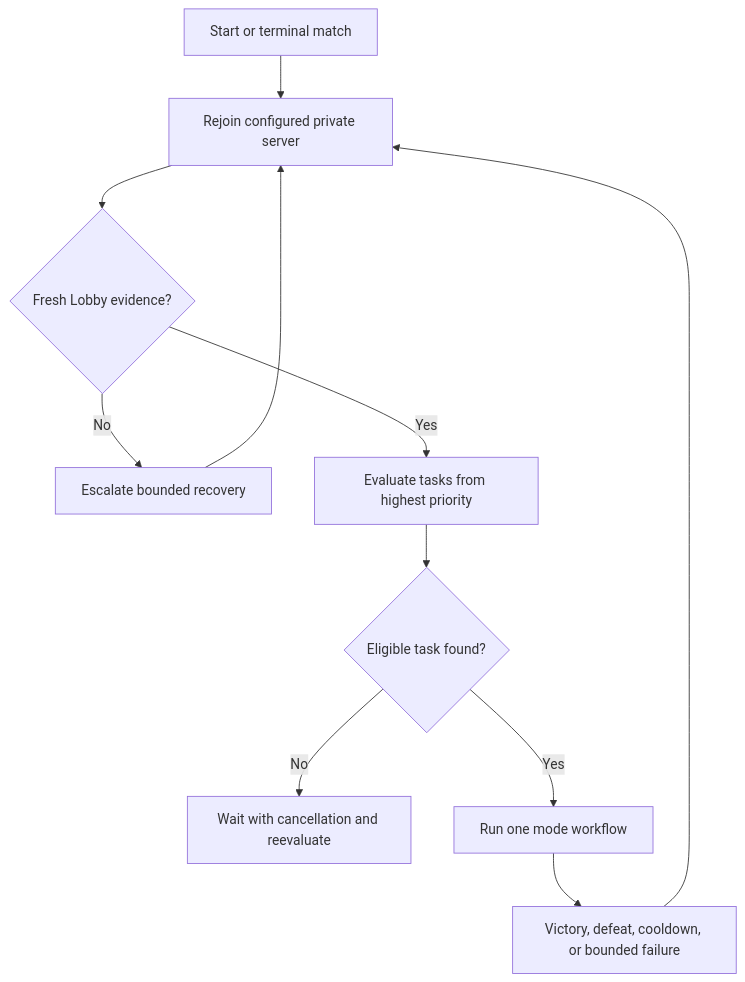
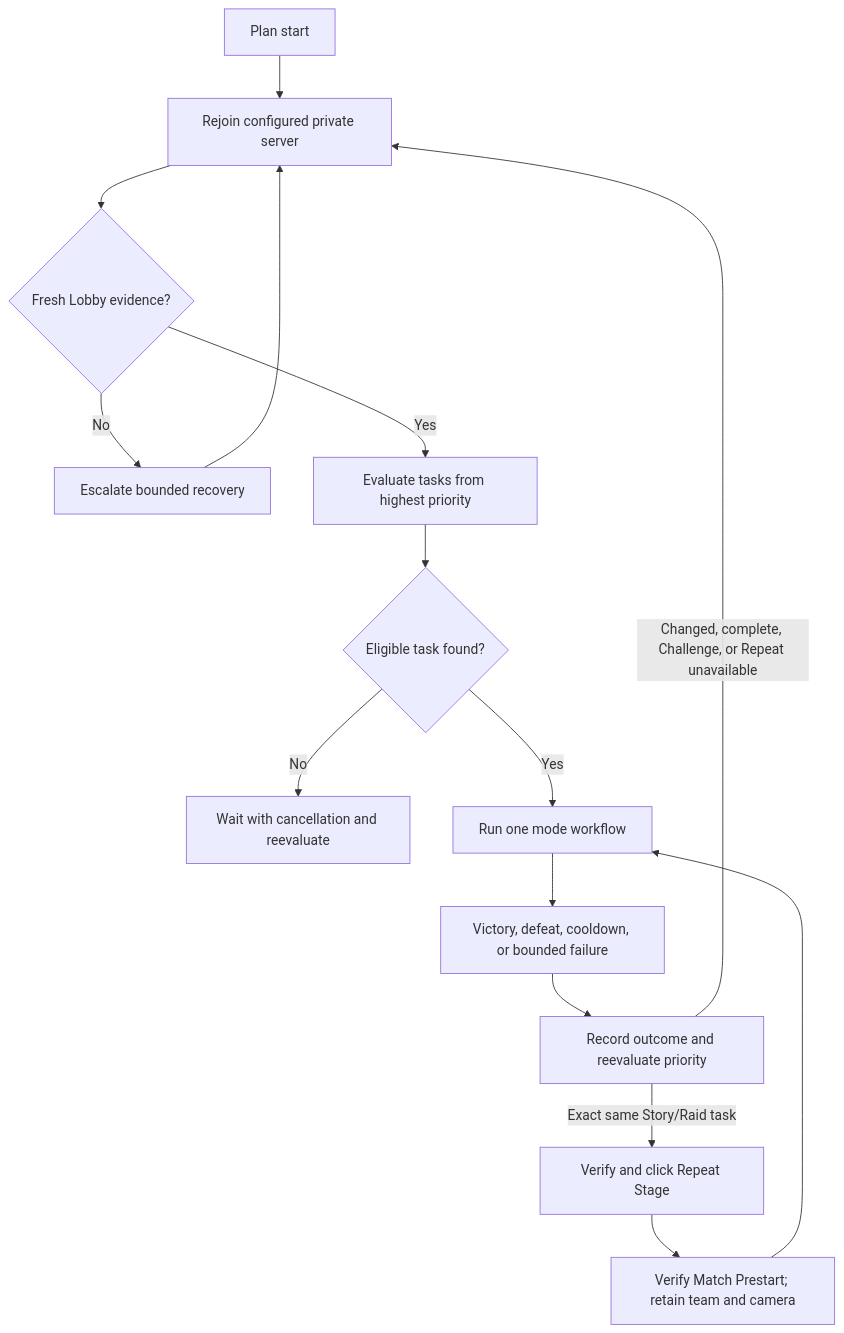
Before and after one commit to LeniLilac/LilacMacro: the diagram in docs/MACRO-ARCHITECTURE.md, drawn with Mermaid. The commit also changed other lines of this file and 12 other files, not shown here.

Commit message:
Repeat exact Story and Raid tasks

````diff
--- a/docs/MACRO-ARCHITECTURE.md
+++ b/docs/MACRO-ARCHITECTURE.md
@@ -9,13 +9,17 @@
 ```mermaid
 flowchart TD
-    A["Start or terminal match"] --> B["Rejoin configured private server"]
+    A["Plan start"] --> B["Rejoin configured private server"]
     B --> C{"Fresh Lobby evidence?"}
     C -- "No" --> D["Escalate bounded recovery"]
     D --> B
     C -- "Yes" --> E["Evaluate tasks from highest priority"]
     E --> F{"Eligible task found?"}
     F -- "No" --> G["Wait with cancellation and reevaluate"]
     F -- "Yes" --> H["Run one mode workflow"]
     H --> I["Victory, defeat, cooldown, or bounded failure"]
-    I --> B
+    I --> J["Record outcome and reevaluate priority"]
+    J -- "Exact same Story/Raid task" --> K["Verify and click Repeat Stage"]
+    K --> L["Verify Match Prestart; retain team and camera"]
+    L --> H
+    J -- "Changed, complete, Challenge, or Repeat unavailable" --> B
 ```
````
